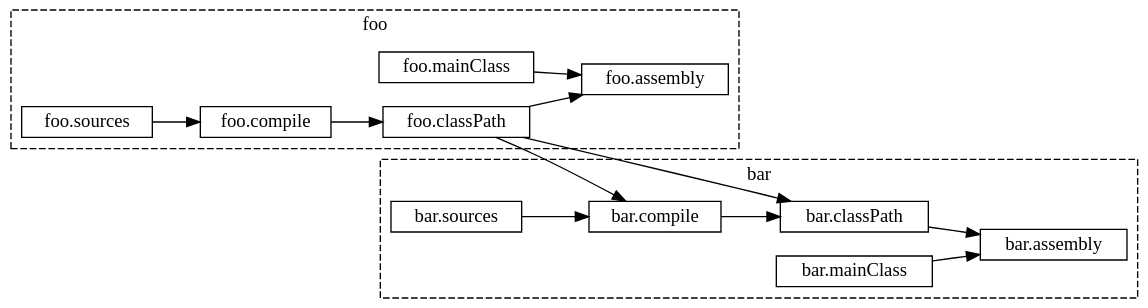
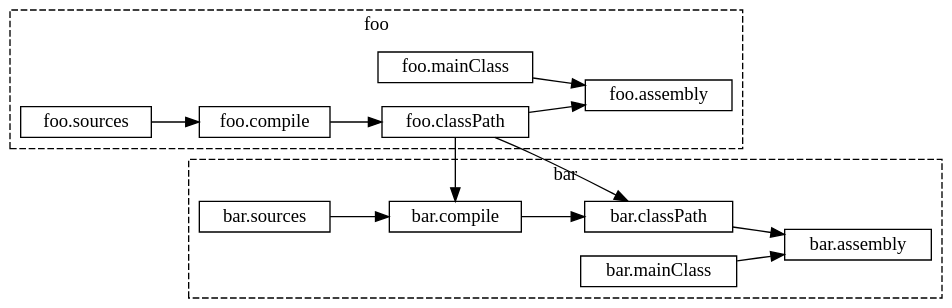
One commit to com-lihaoyi/mill changed the diagram in docs/modules/ROOT/partials/Intro_to_Mill_Header.adoc. Above: the diagram before and after it, drawn with Graphviz. The commit also changed 1 other file, not shown here.

````diff
--- a/docs/modules/ROOT/partials/Intro_to_Mill_Header.adoc
+++ b/docs/modules/ROOT/partials/Intro_to_Mill_Header.adoc
@@ -1,27 +1,27 @@
 ```graphviz
 digraph G {
   rankdir=LR
   node [shape=box width=0 height=0 style=filled fillcolor=white]
   bgcolor=transparent
   newrank=true;
   subgraph cluster_0 {
     style=dashed
     node [shape=box width=0 height=0 style=filled fillcolor=white]
     label = "foo";
 
     "foo.sources" -> "foo.compile" -> "foo.classPath" -> "foo.assembly"
     "foo.mainClass" -> "foo.assembly"
     "foo.classPath"
   }
   subgraph cluster_1 {
     style=dashed
     node [shape=box width=0 height=0 style=filled fillcolor=white]
     label = "bar";
 
-    "foo.classPath" -> "bar.compile"
+    "foo.classPath" -> "bar.compile" [constraint=false]
     "foo.classPath" -> "bar.classPath"
     "bar.sources" -> "bar.compile" -> "bar.classPath" -> "bar.assembly"
     "bar.mainClass" -> "bar.assembly"
   }
 }
 ```
````
